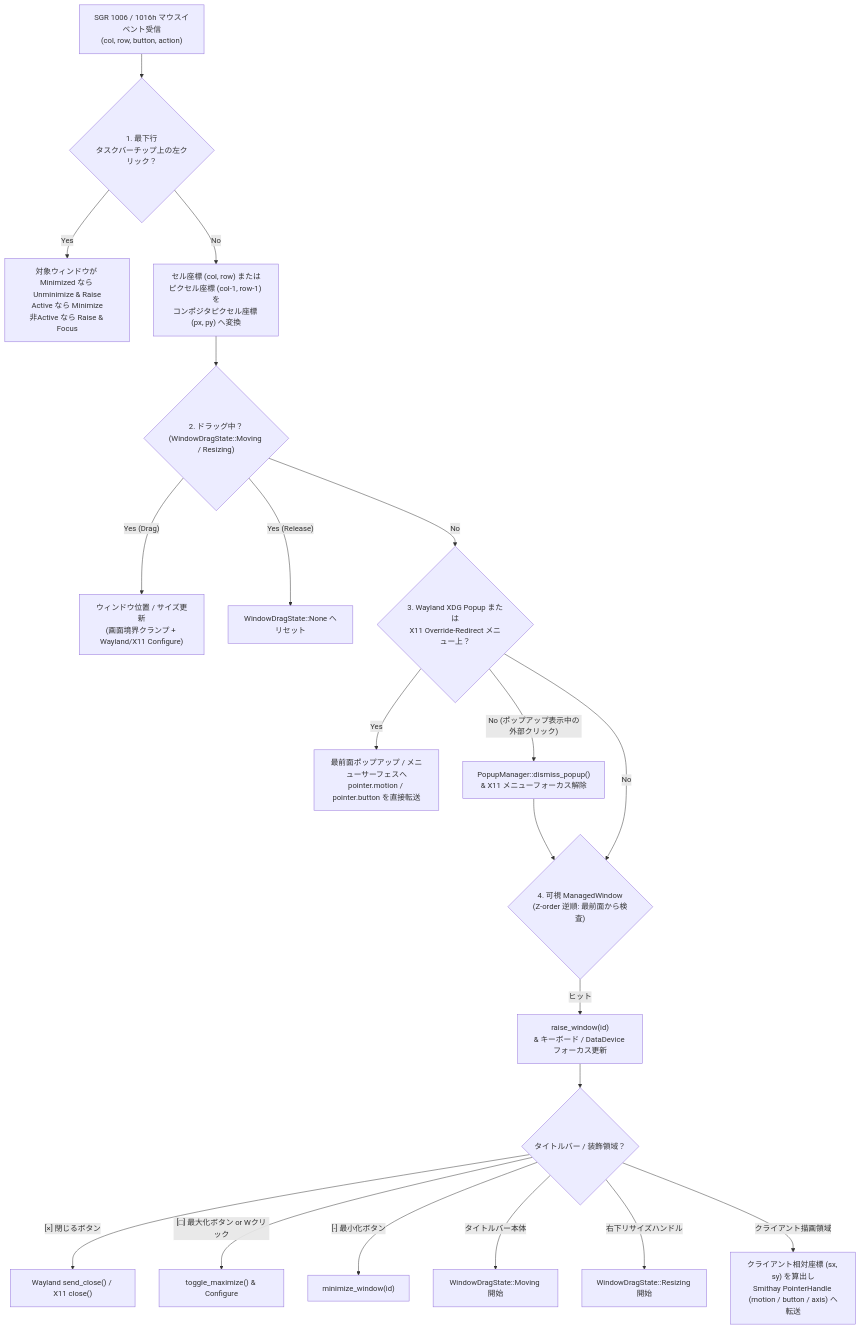
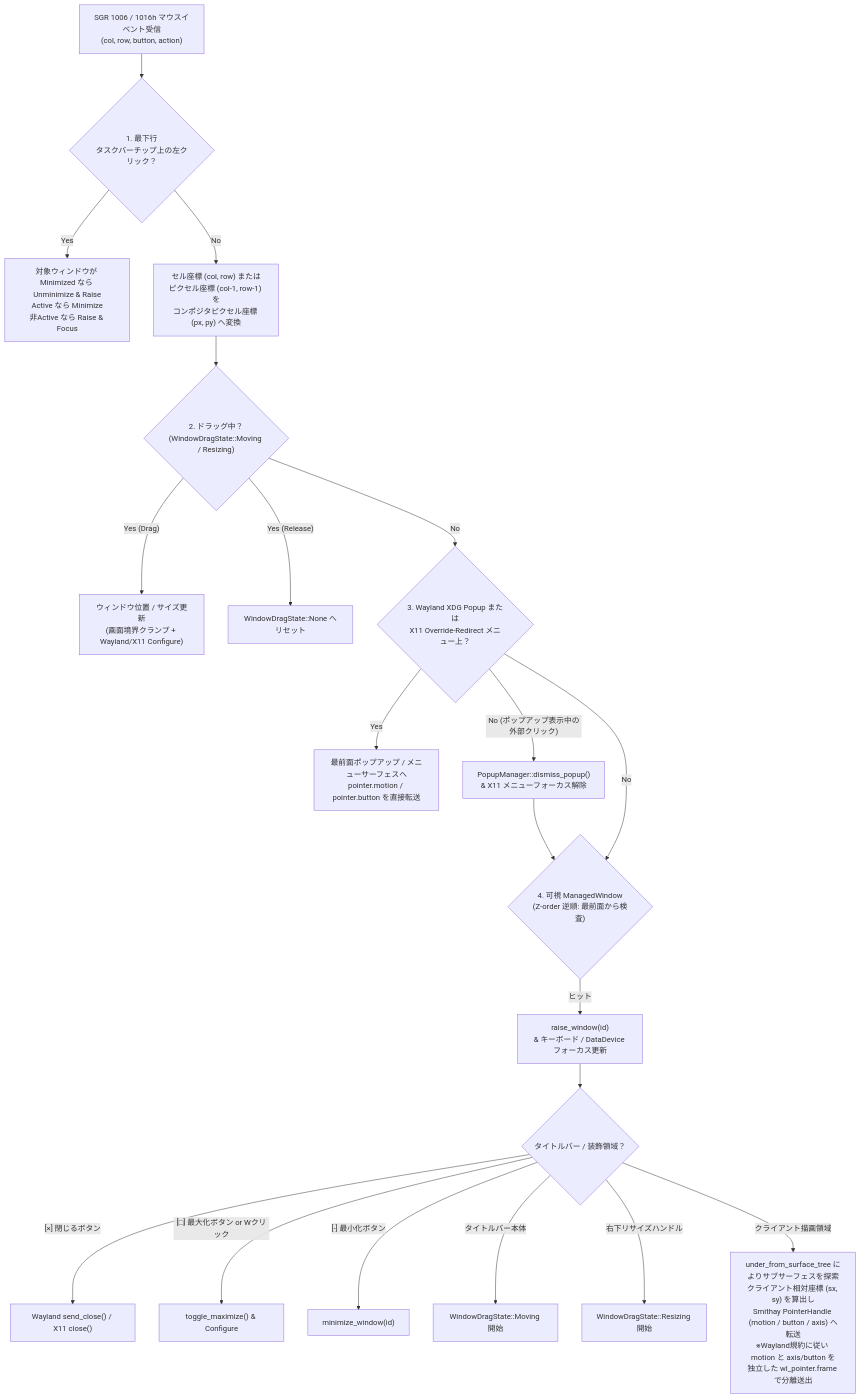
The sixth of 7 diagrams in docs/ARCHITECTURE.md (totatake/termway), drawn with Mermaid before and after one commit. The commit also changed other lines of this file and 7 other files, not shown here.

First line of the commit message:
fix(compositor): separate pointer frame and add horizontal scroll support

````diff
--- a/docs/ARCHITECTURE.md
+++ b/docs/ARCHITECTURE.md
@@ -469,27 +469,27 @@
 ```mermaid
 flowchart TD
     MouseEv["SGR 1006 / 1016h マウスイベント受信<br/>(col, row, button, action)"] --> CheckTaskbar{"1. 最下行<br/>タスクバーチップ上の左クリック？"}
 
     CheckTaskbar -->|"Yes"| TaskbarAction["対象ウィンドウが Minimized なら Unminimize & Raise<br/>Active なら Minimize<br/>非Active なら Raise & Focus"]
     CheckTaskbar -->|"No"| MapCoord["セル座標 (col, row) または<br/>ピクセル座標 (col-1, row-1) を<br/>コンポジタピクセル座標 (px, py) へ変換"]
 
     MapCoord --> CheckDrag{"2. ドラッグ中？<br/>(WindowDragState::Moving / Resizing)"}
     CheckDrag -->|"Yes (Drag)"| UpdateDrag["ウィンドウ位置 / サイズ更新<br/>(画面境界クランプ + Wayland/X11 Configure)"]
     CheckDrag -->|"Yes (Release)"| EndDrag["WindowDragState::None へリセット"]
     CheckDrag -->|"No"| CheckPopup{"3. Wayland XDG Popup または<br/>X11 Override-Redirect メニュー上？"}
 
     CheckPopup -->|"Yes"| RoutePopup["最前面ポップアップ / メニューサーフェスへ<br/>pointer.motion / pointer.button を直接転送"]
     CheckPopup -->|"No (ポップアップ表示中の外部クリック)"| DismissPopup["PopupManager::dismiss_popup()<br/>& X11 メニューフォーカス解除"]
 
     DismissPopup --> CheckWM
     CheckPopup -->|"No"| CheckWM{"4. 可視 ManagedWindow<br/>(Z-order 逆順: 最前面から検査)"}
 
     CheckWM -->|"ヒット"| RaiseWin["raise_window(id)<br/>& キーボード / DataDevice フォーカス更新"]
     RaiseWin --> CheckButtons{"タイトルバー / 装飾領域？"}
     CheckButtons -->|"[×] 閉じるボタン"| CloseAct["Wayland send_close() / X11 close()"]
     CheckButtons -->|"[□] 最大化ボタン or Wクリック"| MaxAct["toggle_maximize() & Configure"]
     CheckButtons -->|"[-] 最小化ボタン"| MinAct["minimize_window(id)"]
     CheckButtons -->|"タイトルバー本体"| StartMove["WindowDragState::Moving 開始"]
     CheckButtons -->|"右下リサイズハンドル"| StartResize["WindowDragState::Resizing 開始"]
-    CheckButtons -->|"クライアント描画領域"| ForwardClient["クライアント相対座標 (sx, sy) を算出し<br/>Smithay PointerHandle (motion / button / axis) へ転送"]
+    CheckButtons -->|"クライアント描画領域"| ForwardClient["under_from_surface_tree によりサブサーフェスを探索<br/>クライアント相対座標 (sx, sy) を算出し<br/>Smithay PointerHandle (motion / button / axis) へ転送<br/>※Wayland規約に従い motion と axis/button を<br/>独立した wl_pointer.frame で分離送出"]
 ```
````
